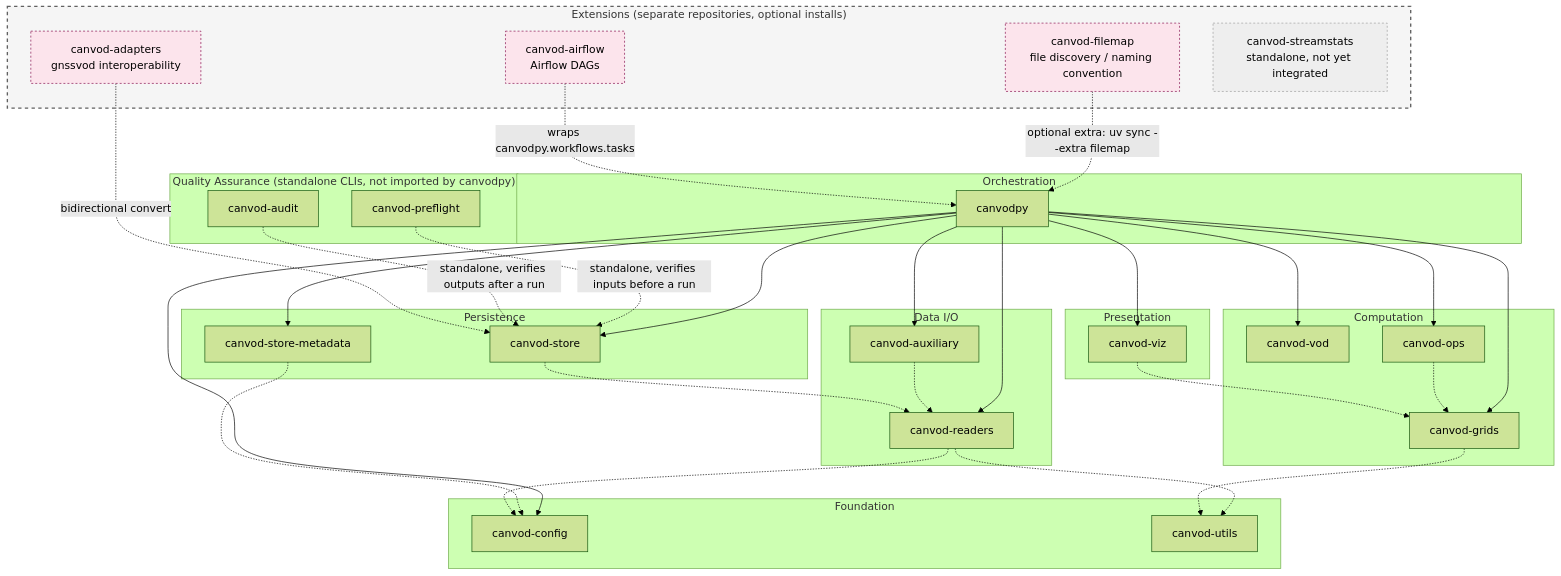
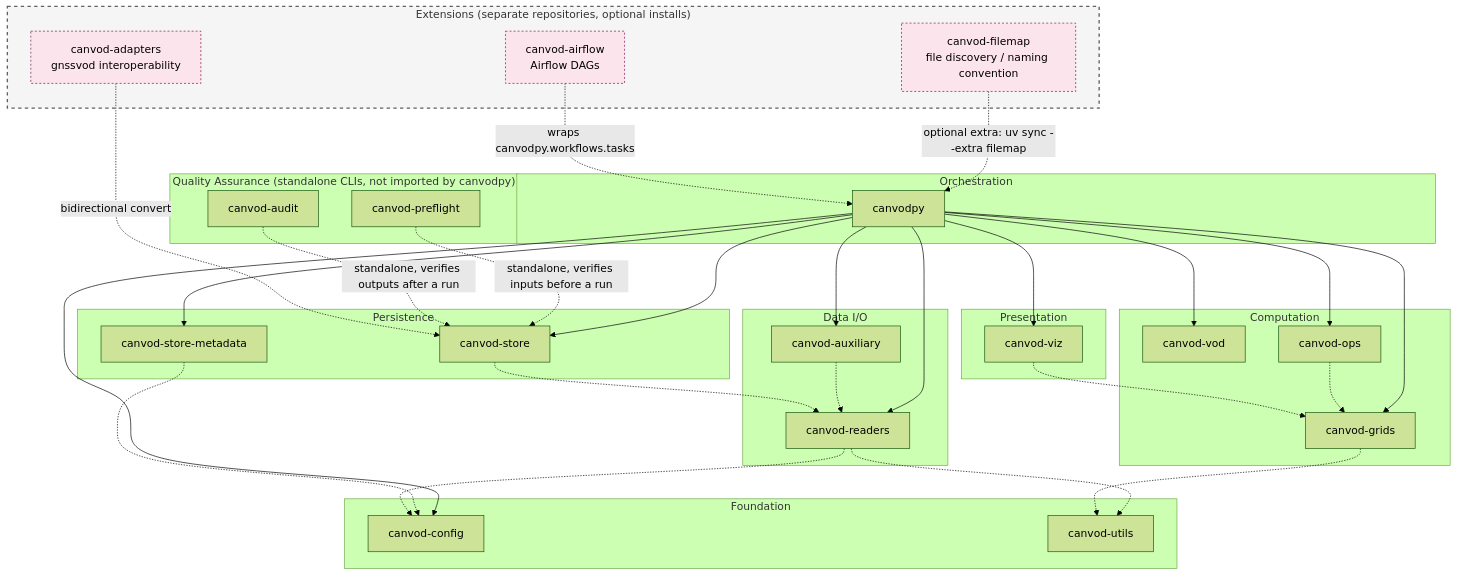
One commit to nfb2021/canvodpy changed the diagram in docs/diagrams/paper_figs/06-software-architecture.mmd. Above: the diagram before and after it, drawn with Mermaid (forest theme). The commit also changed 5 other files, not shown here.

First line of the commit message:
chore: scrub canvod-streamstats/canvod-streamviz mentions before release

```diff
--- a/docs/diagrams/paper_figs/06-software-architecture.mmd
+++ b/docs/diagrams/paper_figs/06-software-architecture.mmd
@@ -1,66 +1,64 @@
 graph TD
     subgraph ORCHESTRATION["Orchestration"]
         CANVODPY["canvodpy"]
     end
 
     subgraph COMPUTE["Computation"]
         VOD["canvod-vod"]
         GRIDS["canvod-grids"]
         OPS["canvod-ops"]
     end
 
     subgraph STORE_LAYER["Persistence"]
         STORE["canvod-store"]
         STOREMETA["canvod-store-metadata"]
     end
 
     subgraph DATAIO["Data I/O"]
         READERS["canvod-readers"]
         AUX["canvod-auxiliary"]
     end
 
     subgraph PRESENT["Presentation"]
         VIZ["canvod-viz"]
     end
 
     subgraph FOUNDATION["Foundation"]
         CONFIG["canvod-config"]
         UTILS["canvod-utils"]
     end
 
     subgraph VERIFY["Quality Assurance (standalone CLIs, not imported by canvodpy)"]
         AUDIT["canvod-audit"]
         NAMING["canvod-preflight"]
     end
 
     subgraph EXTENSIONS["Extensions (separate repositories, optional installs)"]
         FILEMAP["canvod-filemap<br/>file discovery / naming convention"]
         ADAPTERS["canvod-adapters<br/>gnssvod interoperability"]
         AIRFLOW["canvod-airflow<br/>Airflow DAGs"]
-        STREAMSTATS["canvod-streamstats<br/>standalone, not yet integrated"]
     end
 
     CANVODPY --> READERS & AUX
     CANVODPY --> STORE & STOREMETA
     CANVODPY --> VOD & GRIDS & OPS & VIZ
     CANVODPY --> CONFIG
 
     OPS -.-> GRIDS
     VIZ -.-> GRIDS
     AUX -.-> READERS
     STORE -.-> READERS
     STOREMETA -.-> CONFIG
     NAMING -.->|standalone, verifies inputs before a run| STORE
     AUDIT -.->|standalone, verifies outputs after a run| STORE
     READERS -.-> UTILS & CONFIG
     GRIDS -.-> UTILS
 
     FILEMAP -.->|optional extra: uv sync --extra filemap| CANVODPY
     ADAPTERS -.->|bidirectional convert| STORE
     AIRFLOW -.->|wraps canvodpy.workflows.tasks| CANVODPY
 
     style EXTENSIONS fill:#f5f5f5,stroke:#616161,stroke-width:2px,stroke-dasharray: 5 5
     style FILEMAP fill:#fce4ec,stroke:#880e4f,stroke-width:1px,stroke-dasharray: 3 3
     style ADAPTERS fill:#fce4ec,stroke:#880e4f,stroke-width:1px,stroke-dasharray: 3 3
     style AIRFLOW fill:#fce4ec,stroke:#880e4f,stroke-width:1px,stroke-dasharray: 3 3
-    style STREAMSTATS fill:#eeeeee,stroke:#9e9e9e,stroke-width:1px,stroke-dasharray: 3 3
```
